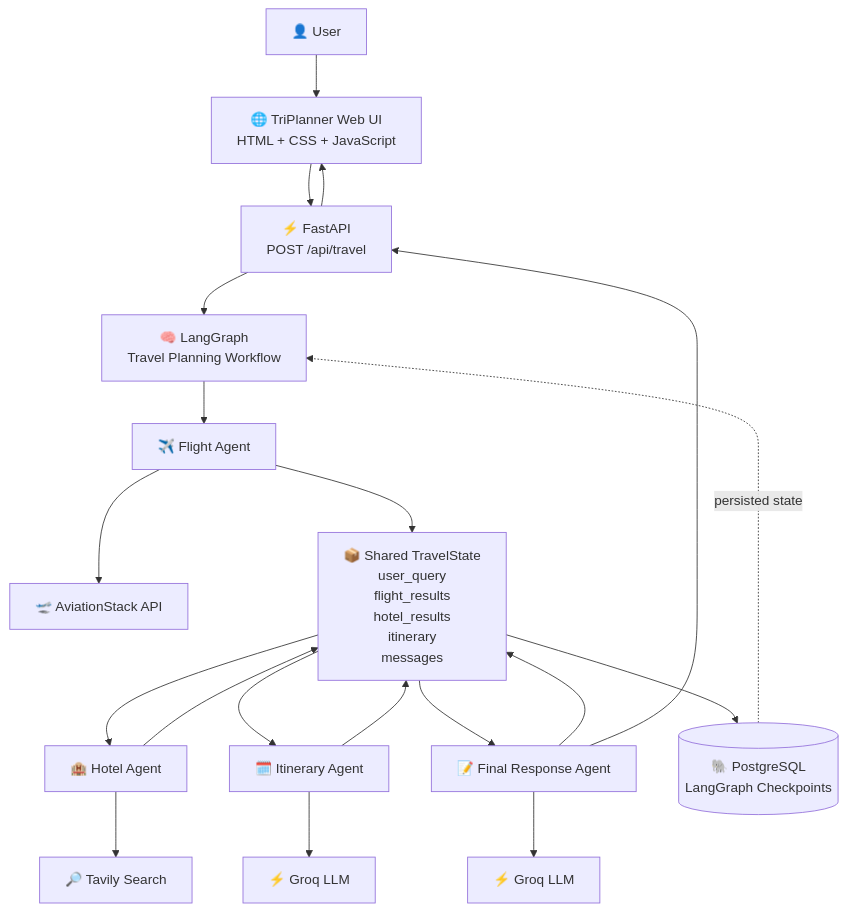
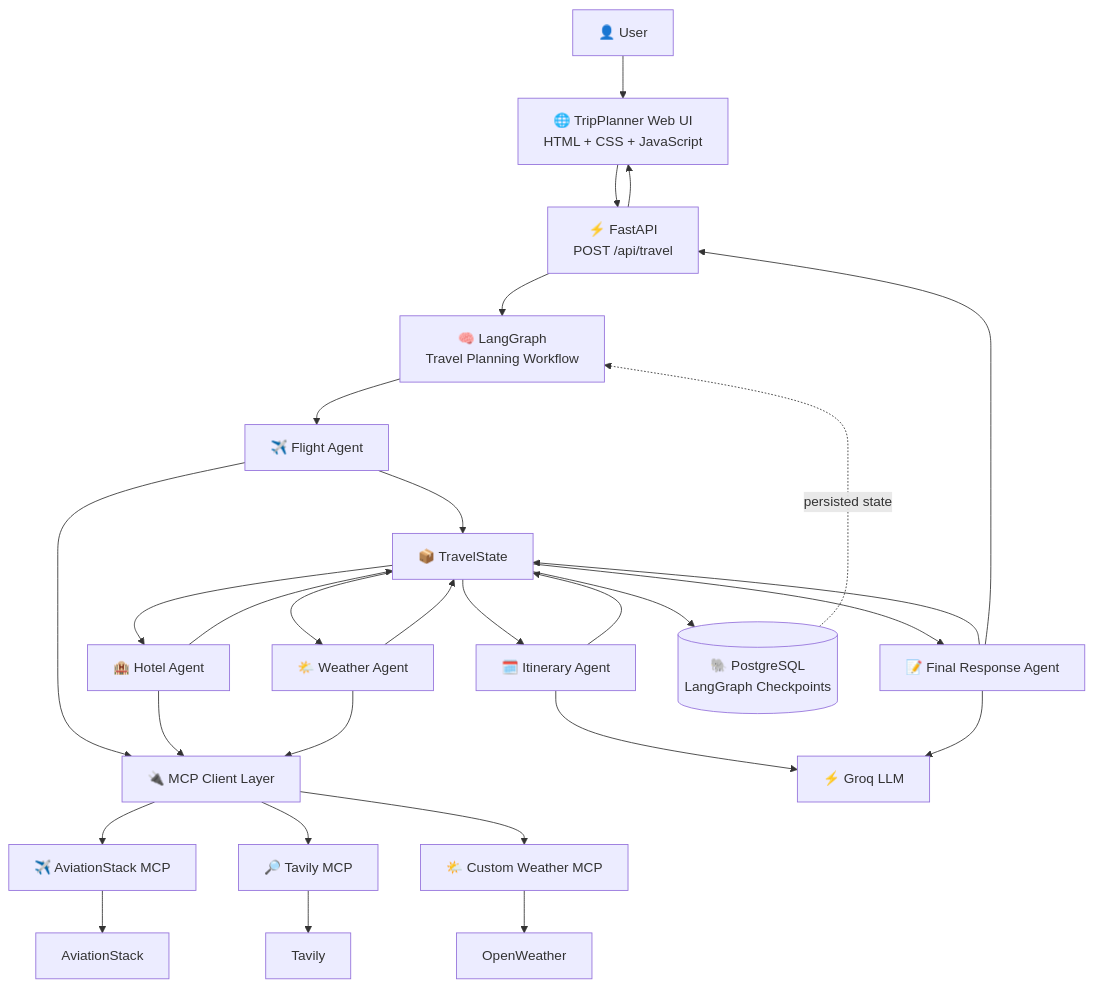
Before and after one commit to itsapexdanav/TripPlaner-AI--A-multi-Agent-Travel-Planner-With-MCP: the first of 4 diagrams in README.md, drawn with Mermaid. The commit also changed other lines of this file, not shown here.

````diff
--- a/README.md
+++ b/README.md
@@ -158,52 +212,69 @@
 ```mermaid
 flowchart TD
 
-    U["👤 User"]
+    USER["👤 User"]
 
-    UI["🌐 TriPlanner Web UI<br/>HTML + CSS + JavaScript"]
+    UI["🌐 TripPlanner Web UI<br/>HTML + CSS + JavaScript"]
 
     API["⚡ FastAPI<br/>POST /api/travel"]
 
     GRAPH["🧠 LangGraph<br/>Travel Planning Workflow"]
 
+    STATE["📦 TravelState"]
+
     F["✈️ Flight Agent"]
     H["🏨 Hotel Agent"]
+    W["🌤️ Weather Agent"]
     I["🗓️ Itinerary Agent"]
     R["📝 Final Response Agent"]
 
-    A["🛫 AviationStack API"]
-    T["🔎 Tavily Search"]
+    MCP["🔌 MCP Client Layer"]
 
-    G1["⚡ Groq LLM"]
-    G2["⚡ Groq LLM"]
+    TMCP["🔎 Tavily MCP"]
+    AMCP["✈️ AviationStack MCP"]
+    WMCP["🌤️ Custom Weather MCP"]
 
-    STATE["📦 Shared TravelState<br/>user_query<br/>flight_results<br/>hotel_results<br/>itinerary<br/>messages"]
+    T["Tavily"]
+    A["AviationStack"]
+    O["OpenWeather"]
+
+    LLM["⚡ Groq LLM"]
 
     DB[("🐘 PostgreSQL<br/>LangGraph Checkpoints")]
 
-    U --> UI
+    USER --> UI
     UI --> API
     API --> GRAPH
 
     GRAPH --> F
-    F --> A
+    F --> MCP
+    MCP --> AMCP
+    AMCP --> A
     F --> STATE
 
     STATE --> H
-    H --> T
+    H --> MCP
+    MCP --> TMCP
+    TMCP --> T
     H --> STATE
 
+    STATE --> W
+    W --> MCP
+    MCP --> WMCP
+    WMCP --> O
+    W --> STATE
+
     STATE --> I
-    I --> G1
+    I --> LLM
     I --> STATE
 
     STATE --> R
-    R --> G2
+    R --> LLM
     R --> STATE
 
     STATE --> DB
     DB -. persisted state .-> GRAPH
 
     R --> API
     API --> UI
 ```
````
